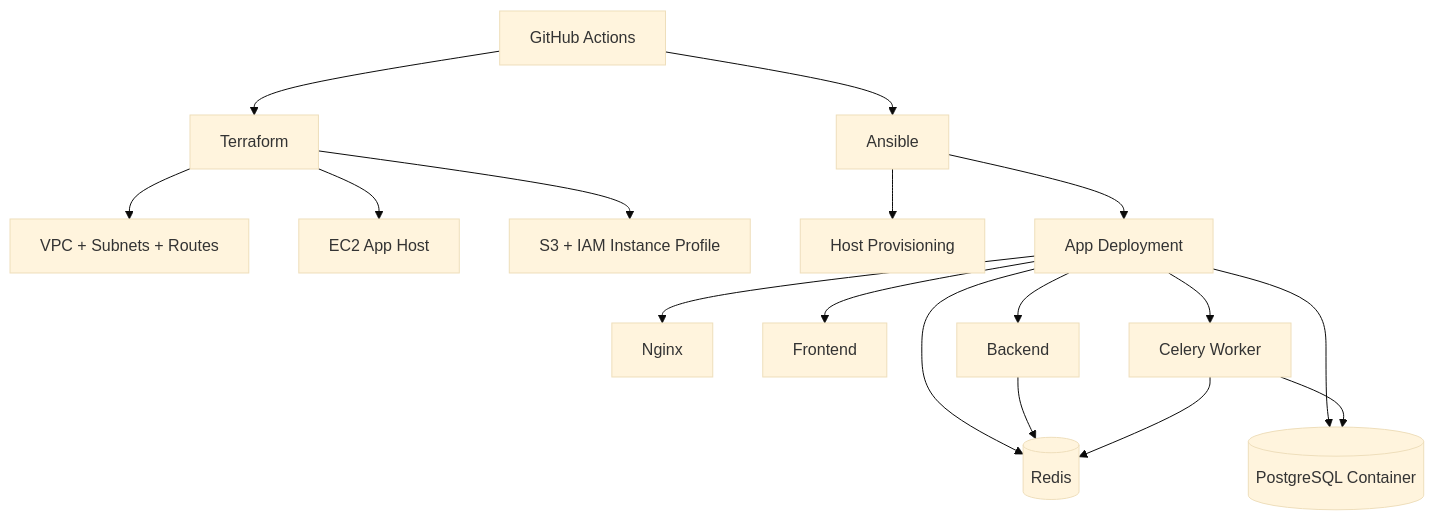
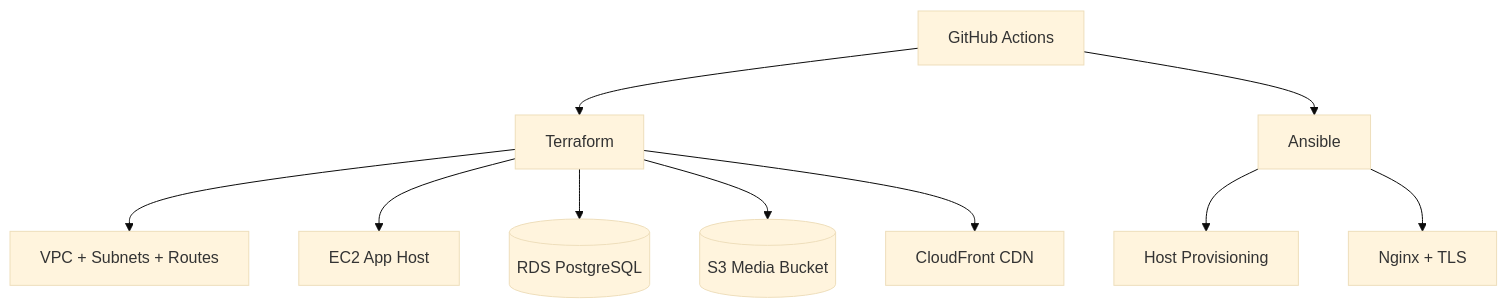
Before and after one commit to whatislavx/world-of-development-of-opportunities-and-change-infra: the first of 3 diagrams in README.md, drawn with Mermaid (base theme). The commit also changed other lines of this file, not shown here.

````diff
--- a/README.md
+++ b/README.md
@@ -44,22 +44,16 @@
 ```mermaid
 flowchart TD
-    GH[GitHub Actions] --> TF[Terraform]
+    GH[GitHub Actions]
+
+    GH --> TF[Terraform]
     GH --> ANS[Ansible]
 
     TF --> VPC[VPC + Subnets + Routes]
     TF --> EC2[EC2 App Host]
-    TF --> S3[S3 + IAM Instance Profile]
+    TF --> RDS[(RDS PostgreSQL)]
+    TF --> S3[(S3 Media Bucket)]
+    TF --> CDN[CloudFront CDN]
 
     ANS --> HOST[Host Provisioning]
-    ANS --> DEPLOY[App Deployment]
-
-    DEPLOY --> NGINX[Nginx]
-    DEPLOY --> FE[Frontend]
-    DEPLOY --> BE[Backend]
-    DEPLOY --> CEL[Celery Worker]
-    DEPLOY --> REDIS[(Redis)]
-    DEPLOY --> DB[(PostgreSQL Container)]
-    BE --> REDIS
-    CEL --> REDIS
-    CEL --> DB
+    ANS --> NGINX[Nginx + TLS]
 ```
````
